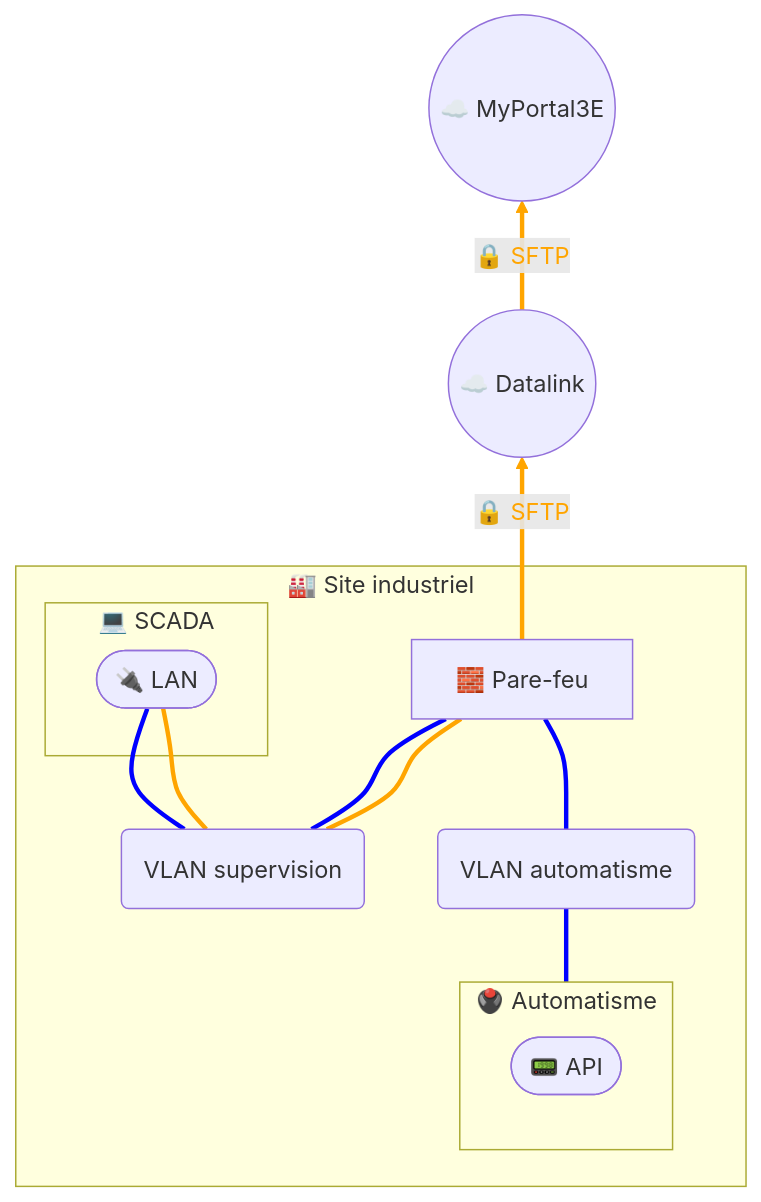
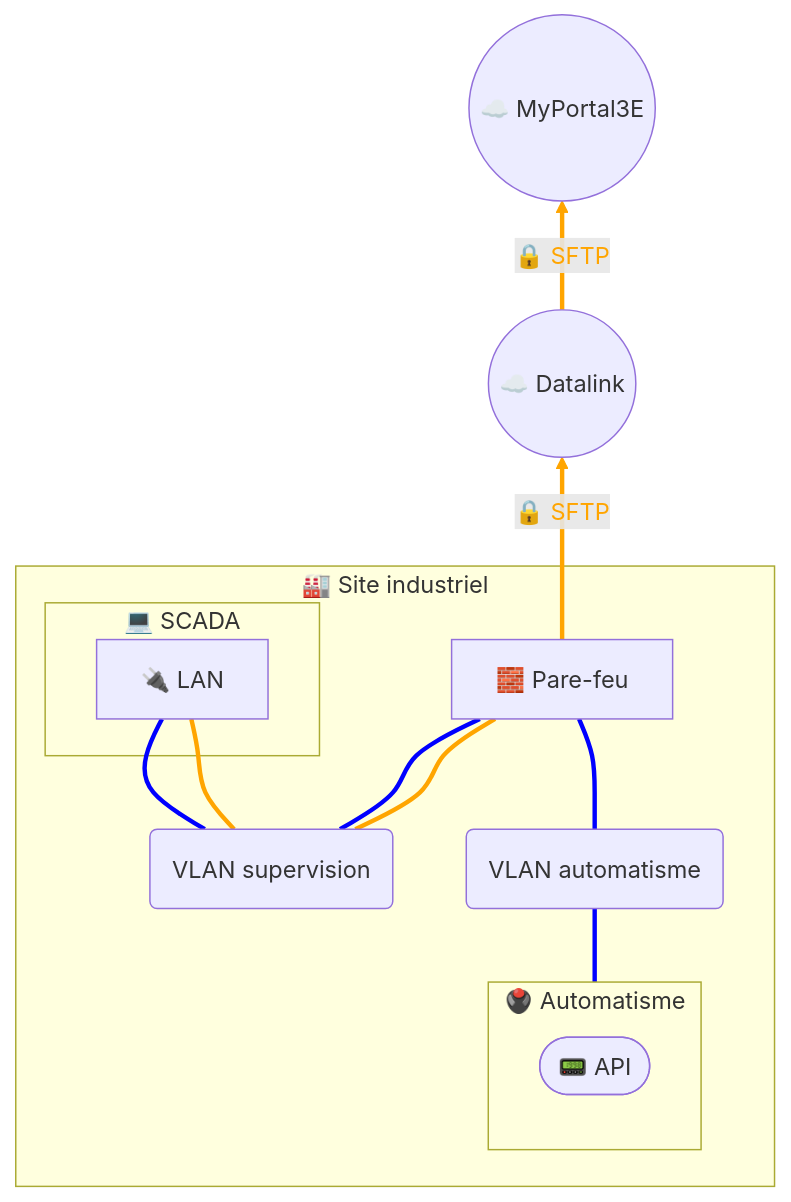
One commit to JohannPx/network-architectures changed the diagram in docs/data/Collecte de données - SCADA SFTP.md. Above: the diagram before and after it, drawn with Mermaid. The commit also changed 8 other files, not shown here.

````diff
--- a/docs/data/Collecte de données - SCADA SFTP.md
+++ b/docs/data/Collecte de données - SCADA SFTP.md
@@ -5,40 +5,40 @@
 ```mermaid
 flowchart BT
 
     subgraph site [🏭 Site industriel]
 
         fw[🧱 Pare-feu]
 
         subgraph automation [🖲️ Automatisme]
             plc([📟 API])
         end
 
         vlanScada(VLAN supervision)
         vlanPlc(VLAN automatisme)
         
         subgraph scada [💻 SCADA]
-            scadaLan([🔌 LAN])
+            scadaLan[🔌 LAN]
         end
     end
 
     myportal3e((☁️ MyPortal3E))
 
     fw == 🔒 SFTP ==> datalink((☁️ Datalink)) == 🔒 SFTP ==> myportal3e((☁️ MyPortal3E))
     automation === vlanPlc
     vlanScada === scadaLan
     vlanPlc === fw
     vlanScada === fw
 
     vlanScada --- scadaLan
     vlanScada --- fw
     
     linkStyle 0 stroke:orange,stroke-width:3px,color:orange;
     linkStyle 1 stroke:orange,stroke-width:3px,color:orange;
     linkStyle 3 stroke:orange,stroke-width:3px,color:orange;
     linkStyle 5 stroke:orange,stroke-width:3px,color:orange;
     
     linkStyle 4 stroke:blue,stroke-width:3px,color:blue;
     linkStyle 2 stroke:blue,stroke-width:3px,color:blue;
     linkStyle 6 stroke:blue,stroke-width:3px,color:blue;
     linkStyle 7 stroke:blue,stroke-width:3px,color:blue;
 ```
````
